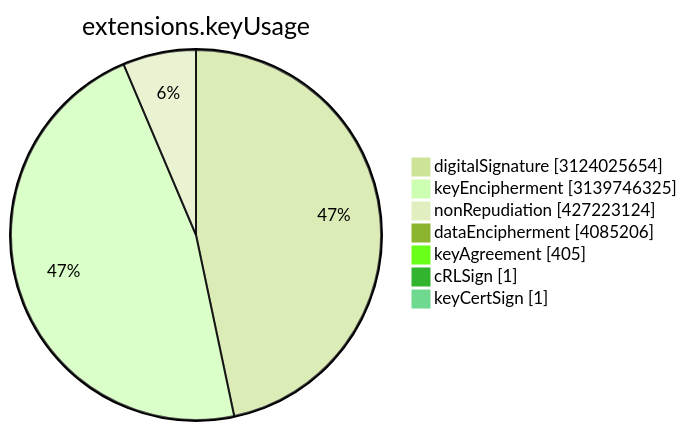
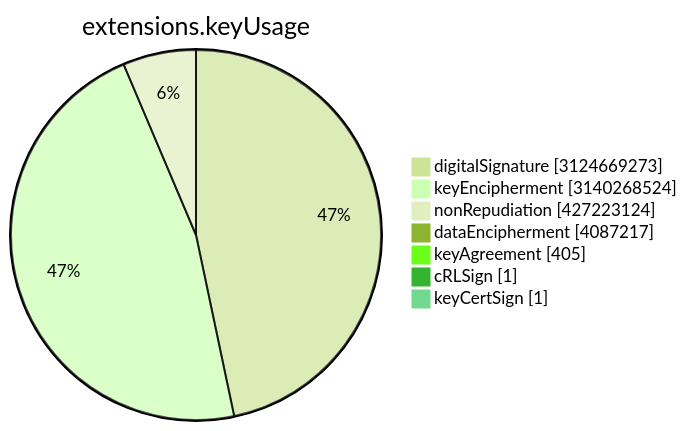
One commit to christiankrug/ctmonitor_visualization changed the sixth of 15 diagrams in TOTAL/README.md. Above: the diagram before and after it, drawn with Mermaid (forest theme). The commit also changed other lines of this file, not shown here.

````diff
--- a/TOTAL/README.md
+++ b/TOTAL/README.md
@@ -3077,11 +3077,11 @@
 ```mermaid
 pie showData
 title extensions.keyUsage
-"digitalSignature" :3124025654
-"keyEncipherment" :3139746325
+"digitalSignature" :3124669273
+"keyEncipherment" :3140268524
 "nonRepudiation" :427223124
-"dataEncipherment" :4085206
+"dataEncipherment" :4087217
 "keyAgreement" :405
 "cRLSign" :1
 "keyCertSign" :1
 ```
````
